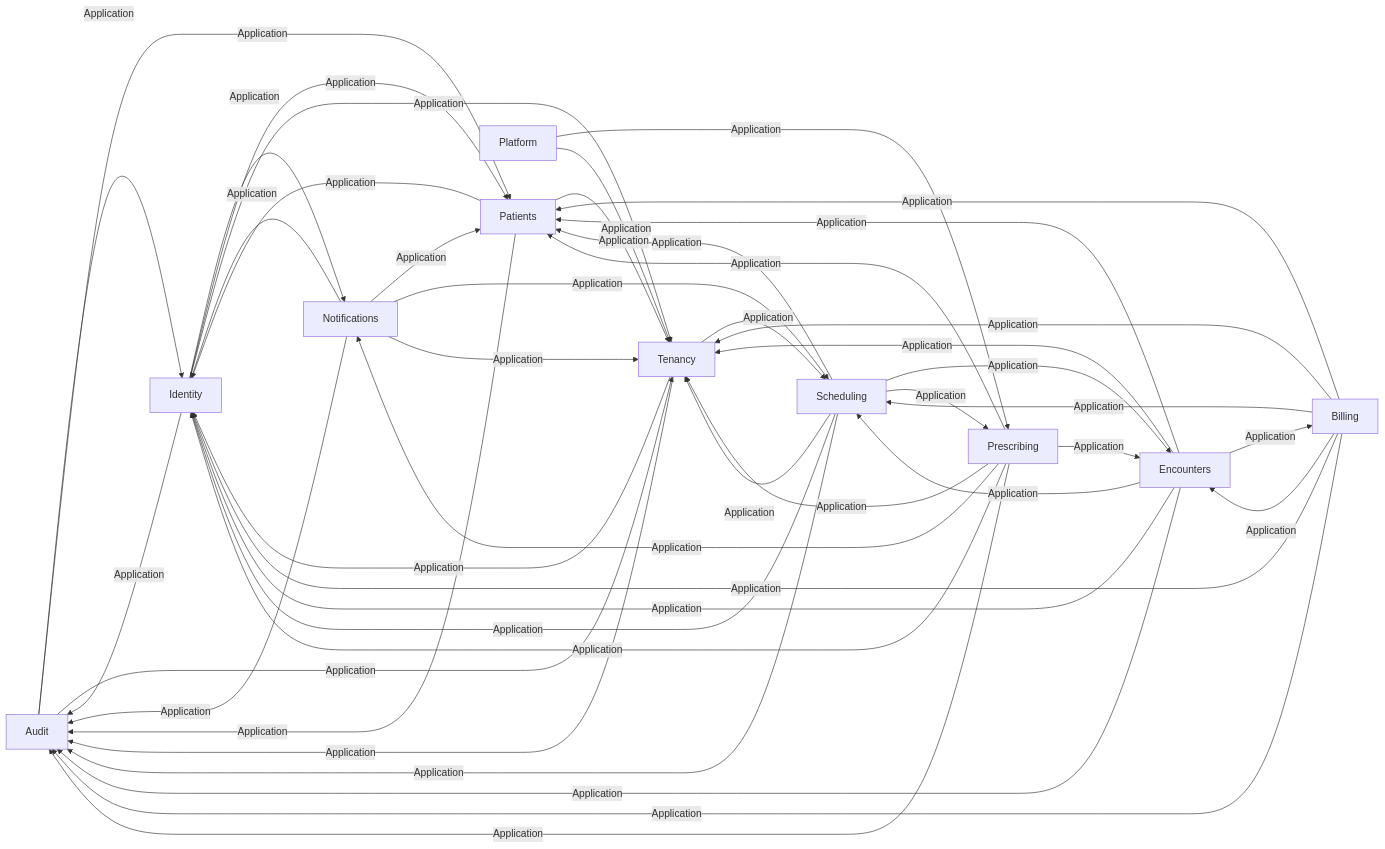
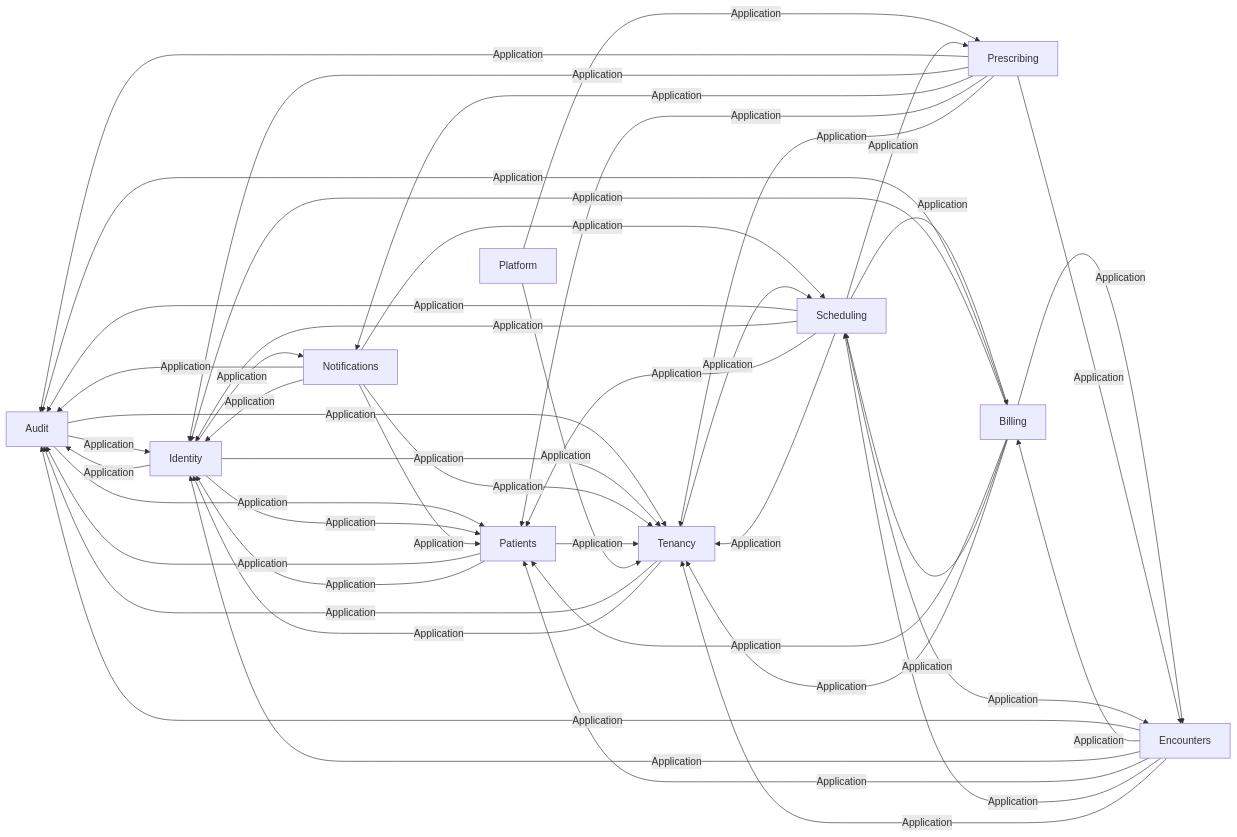
The second of 14 diagrams in docs/03-architecture/erd.md (ALFRED-LUCIFER/medvya), drawn with Mermaid before and after one commit. The commit also changed other lines of this file and 101 other files, not shown here.

````diff
--- a/docs/03-architecture/erd.md
+++ b/docs/03-architecture/erd.md
@@ -56,47 +56,48 @@
 ```mermaid
 flowchart LR
   Audit -->|"Application"| Identity
   Audit -->|"Application"| Patients
   Audit -->|"Application"| Tenancy
   Billing -->|"Application"| Audit
   Billing -->|"Application"| Encounters
   Billing -->|"Application"| Identity
   Billing -->|"Application"| Patients
   Billing -->|"Application"| Scheduling
   Billing -->|"Application"| Tenancy
   Encounters -->|"Application"| Audit
   Encounters -->|"Application"| Billing
   Encounters -->|"Application"| Identity
   Encounters -->|"Application"| Patients
   Encounters -->|"Application"| Scheduling
   Encounters -->|"Application"| Tenancy
   Identity -->|"Application"| Audit
   Identity -->|"Application"| Notifications
   Identity -->|"Application"| Patients
   Identity -->|"Application"| Tenancy
   Notifications -->|"Application"| Audit
   Notifications -->|"Application"| Identity
   Notifications -->|"Application"| Patients
   Notifications -->|"Application"| Scheduling
   Notifications -->|"Application"| Tenancy
   Patients -->|"Application"| Audit
   Patients -->|"Application"| Identity
   Patients -->|"Application"| Tenancy
   Platform -->|"Application"| Prescribing
   Platform -->|"Application"| Tenancy
   Prescribing -->|"Application"| Audit
   Prescribing -->|"Application"| Encounters
   Prescribing -->|"Application"| Identity
   Prescribing -->|"Application"| Notifications
   Prescribing -->|"Application"| Patients
   Prescribing -->|"Application"| Tenancy
   Scheduling -->|"Application"| Audit
+  Scheduling -->|"Application"| Billing
   Scheduling -->|"Application"| Encounters
   Scheduling -->|"Application"| Identity
   Scheduling -->|"Application"| Patients
   Scheduling -->|"Application"| Prescribing
   Scheduling -->|"Application"| Tenancy
   Tenancy -->|"Application"| Audit
   Tenancy -->|"Application"| Identity
   Tenancy -->|"Application"| Scheduling
 ```
````
